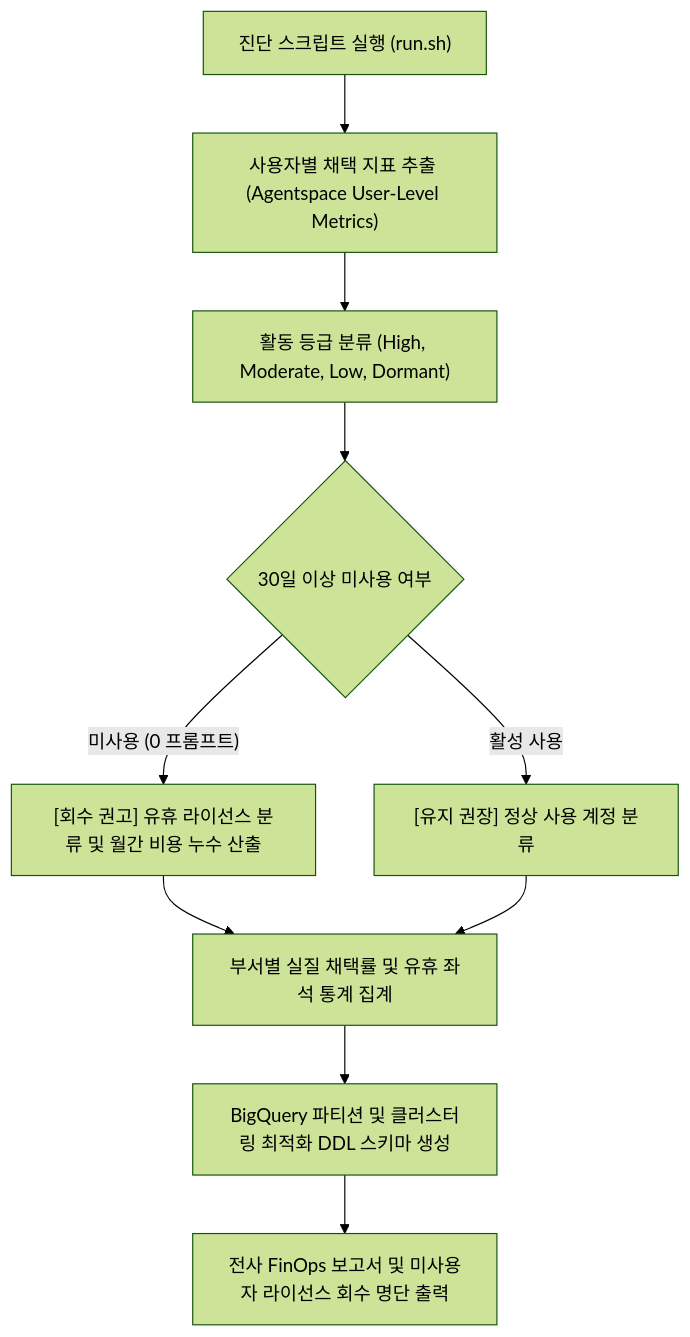
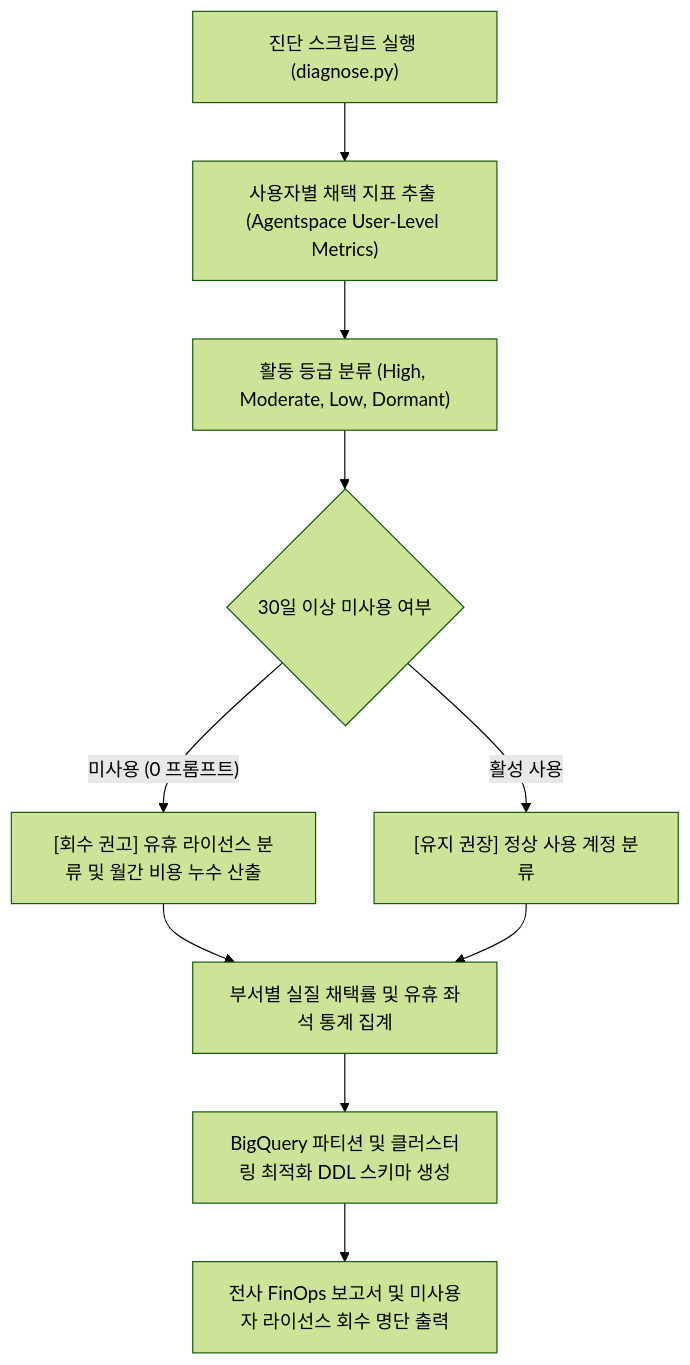
The diagram in samples/gemini-enterprise-analytics-exporter/README.md (jiangjun-forge/google-cloud-0-to-1), drawn with Mermaid (forest theme) before and after one commit. The commit also changed other lines of this file and 180 other files, not shown here.

````diff
--- a/samples/gemini-enterprise-analytics-exporter/README.md
+++ b/samples/gemini-enterprise-analytics-exporter/README.md
@@ -37,15 +37,15 @@
 ```mermaid
 flowchart TD
-    Start["진단 스크립트 실행 (run.sh)"] --> FetchMetrics["사용자별 채택 지표 추출 (Agentspace User-Level Metrics)"]
+    Start["진단 스크립트 실행 (diagnose.py)"] --> FetchMetrics["사용자별 채택 지표 추출 (Agentspace User-Level Metrics)"]
     FetchMetrics --> ClassifyUsers["활동 등급 분류 (High, Moderate, Low, Dormant)"]
     
     ClassifyUsers --> CheckInactivity{"30일 이상 미사용 여부"}
     CheckInactivity -->|"미사용 (0 프롬프트)"| MarkReclaim["[회수 권고] 유휴 라이선스 분류 및 월간 비용 누수 산출"]
     CheckInactivity -->|"활성 사용"| MarkActive["[유지 권장] 정상 사용 계정 분류"]
     
     MarkReclaim --> AggregateDept["부서별 실질 채택률 및 유휴 좌석 통계 집계"]
     MarkActive --> AggregateDept
     
     AggregateDept --> GenerateBQ["BigQuery 파티션 및 클러스터링 최적화 DDL 스키마 생성"]
     GenerateBQ --> ReportSummary["전사 FinOps 보고서 및 미사용자 라이선스 회수 명단 출력"]
 ```
````
